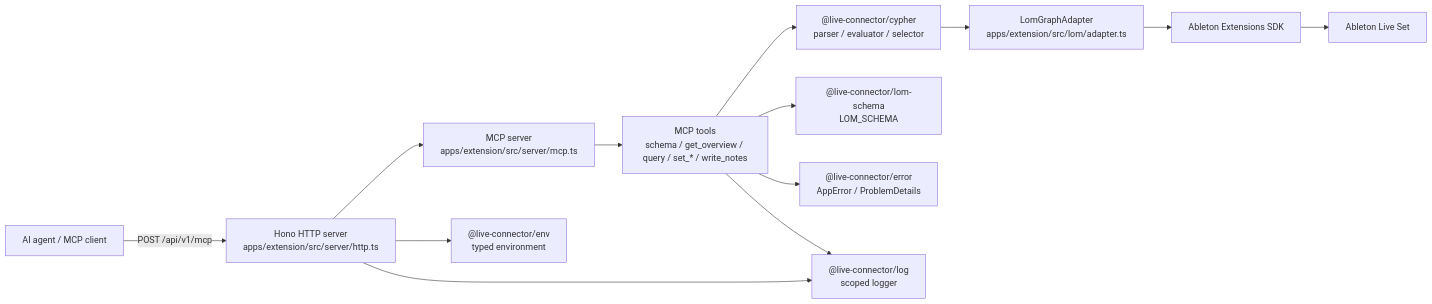
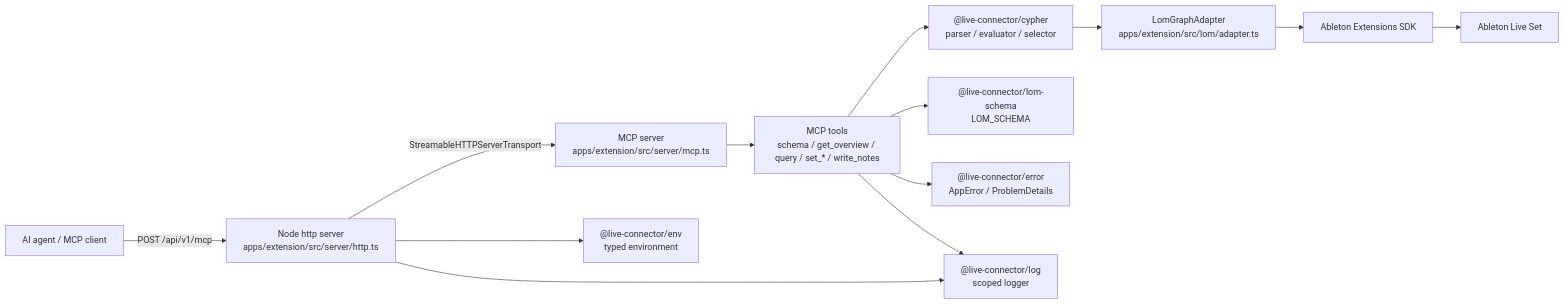
Before and after one commit to philtzjp/live-connector: the first of 6 diagrams in llm/ARCHITECTURE.md, drawn with Mermaid. The commit also changed other lines of this file and 8 other files, not shown here.

Commit message:
refactor(repo): MCP トランスポートを Node http に移行する

````diff
--- a/llm/ARCHITECTURE.md
+++ b/llm/ARCHITECTURE.md
@@ -9,28 +9,28 @@
 ```mermaid
 flowchart LR
     agent["AI agent / MCP client"]
-    http["Hono HTTP server<br/>apps/extension/src/server/http.ts"]
+    http["Node http server<br/>apps/extension/src/server/http.ts"]
     mcp["MCP server<br/>apps/extension/src/server/mcp.ts"]
     tools["MCP tools<br/>schema / get_overview / query / set_* / write_notes"]
     cypher["@live-connector/cypher<br/>parser / evaluator / selector"]
     adapter["LomGraphAdapter<br/>apps/extension/src/lom/adapter.ts"]
     sdk["Ableton Extensions SDK"]
     live["Ableton Live Set"]
     schema["@live-connector/lom-schema<br/>LOM_SCHEMA"]
     env["@live-connector/env<br/>typed environment"]
     error["@live-connector/error<br/>AppError / ProblemDetails"]
     log["@live-connector/log<br/>scoped logger"]
 
     agent -->|"POST /api/v1/mcp"| http
-    http --> mcp
+    http -->|"StreamableHTTPServerTransport"| mcp
     mcp --> tools
     tools --> cypher
     tools --> schema
     cypher --> adapter
     adapter --> sdk
     sdk --> live
     http --> env
     tools --> error
     http --> log
     tools --> log
 ```
````
